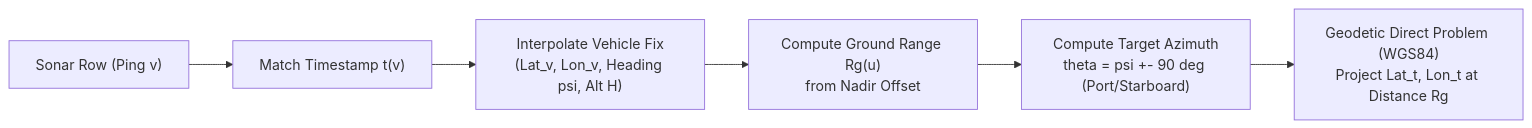
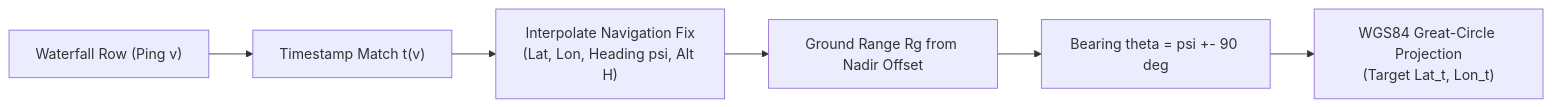
One commit to RaghavKacker/Aqua-Sentinel changed the eighth of 11 diagrams in PROJECT_SPECIFICATION.md. Above: the diagram before and after it, drawn with Mermaid. The commit also changed other lines of this file, not shown here.

````diff
--- a/PROJECT_SPECIFICATION.md
+++ b/PROJECT_SPECIFICATION.md
@@ -647,8 +619,8 @@
 ```mermaid
 flowchart LR
-    PING["Sonar Row (Ping v)"] --> TIME["Match Timestamp t(v)"]
-    TIME --> NAV["Interpolate Vehicle Fix<br/>(Lat_v, Lon_v, Heading psi, Alt H)"]
-    NAV --> RANGE["Compute Ground Range Rg(u)<br/>from Nadir Offset"]
-    RANGE --> BEARING["Compute Target Azimuth<br/>theta = psi +- 90 deg (Port/Starboard)"]
-    BEARING --> PROJ["Geodetic Direct Problem (WGS84)<br/>Project Lat_t, Lon_t at Distance Rg"]
+    ROW["Waterfall Row (Ping v)"] --> TS["Timestamp Match t(v)"]
+    TS --> INTERP["Interpolate Navigation Fix<br/>(Lat, Lon, Heading psi, Alt H)"]
+    INTERP --> RANGE["Ground Range Rg from Nadir Offset"]
+    RANGE --> BEARING["Bearing theta = psi +- 90 deg"]
+    BEARING --> PROJ["WGS84 Great-Circle Projection<br/>(Target Lat_t, Lon_t)"]
 ```
````
